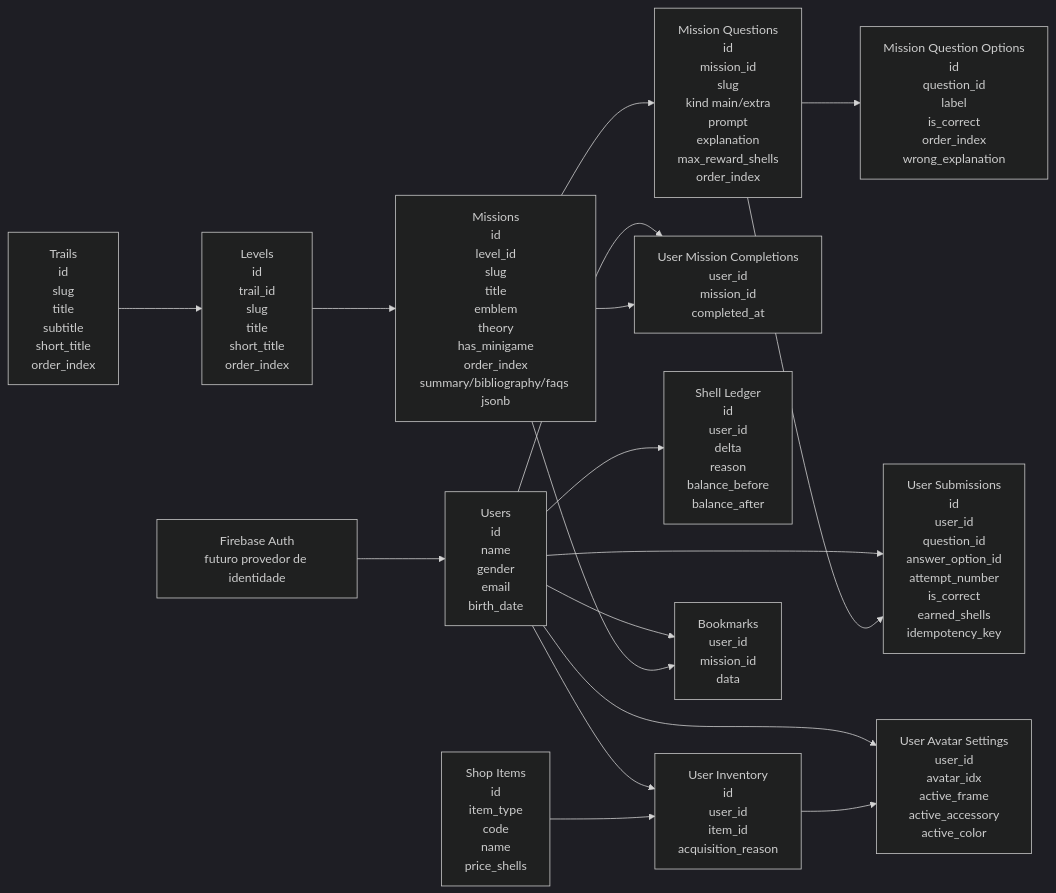
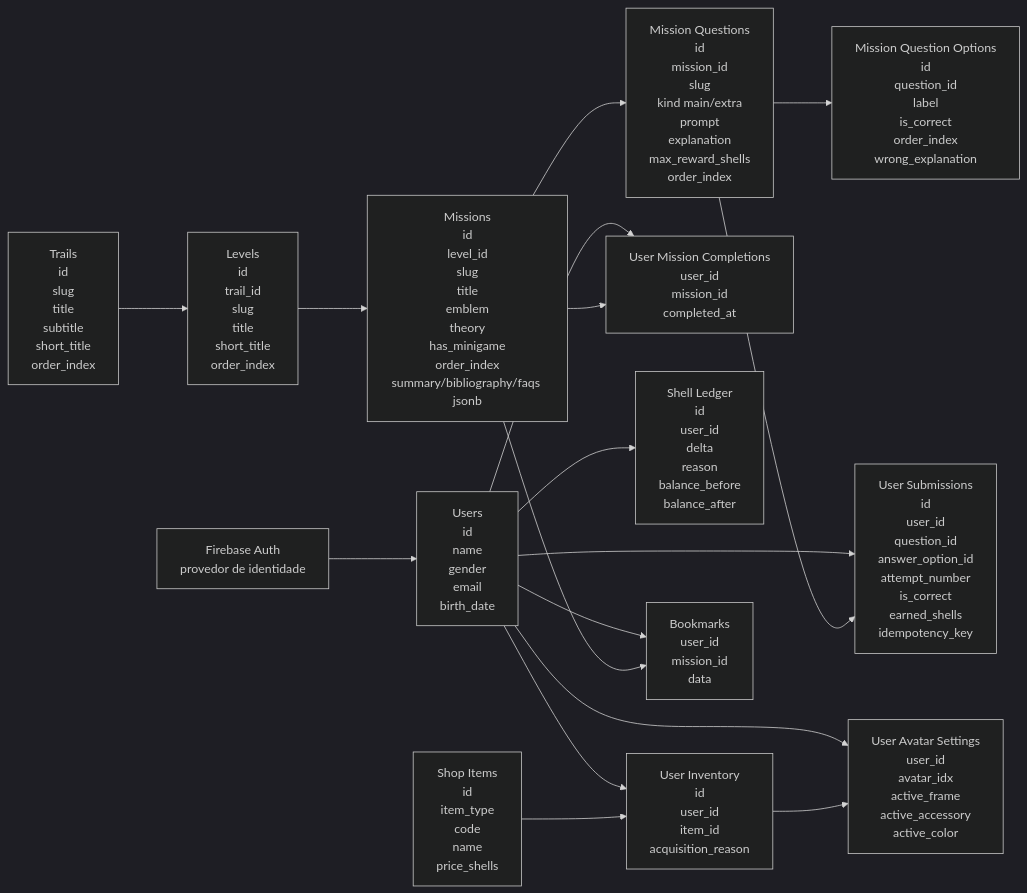
Before and after one commit to fpcoutinho/tentacle: the diagram in README.md, drawn with Mermaid (dark theme).

````diff
--- a/README.md
+++ b/README.md
@@ -60,49 +60,49 @@
 ```mermaid
 flowchart LR
-	FA[Firebase Auth<br/>futuro provedor de identidade]
+	FA[Firebase Auth<br/> provedor de identidade]
 
 	U[Users<br/>id<br/>name<br/>gender<br/>email<br/>birth_date]
 
 	A[User Avatar Settings<br/>user_id<br/>avatar_idx<br/>active_frame<br/>active_accessory<br/>active_color]
 
 	T[Trails<br/>id<br/>slug<br/>title<br/>subtitle<br/>short_title<br/>order_index]
 
 	LV[Levels<br/>id<br/>trail_id<br/>slug<br/>title<br/>short_title<br/>order_index]
 
 	M[Missions<br/>id<br/>level_id<br/>slug<br/>title<br/>emblem<br/>theory<br/>has_minigame<br/>order_index<br/>summary/bibliography/faqs jsonb]
 
 	Q[Mission Questions<br/>id<br/>mission_id<br/>slug<br/>kind main/extra<br/>prompt<br/>explanation<br/>max_reward_shells<br/>order_index]
 
 	O[Mission Question Options<br/>id<br/>question_id<br/>label<br/>is_correct<br/>order_index<br/>wrong_explanation]
 
 	C[User Mission Completions<br/>user_id<br/>mission_id<br/>completed_at]
 
 	S[User Submissions<br/>id<br/>user_id<br/>question_id<br/>answer_option_id<br/>attempt_number<br/>is_correct<br/>earned_shells<br/>idempotency_key]
 
 	L[Shell Ledger<br/>id<br/>user_id<br/>delta<br/>reason<br/>balance_before<br/>balance_after]
 
 	I[Shop Items<br/>id<br/>item_type<br/>code<br/>name<br/>price_shells]
 
 	UI[User Inventory<br/>id<br/>user_id<br/>item_id<br/>acquisition_reason]
 
 	B[Bookmarks<br/>user_id<br/>mission_id<br/>data]
 
 	FA --> U
 	U --> A
 	U --> C
 	U --> S
 	U --> L
 	U --> UI
 	U --> B
 
 	T --> LV
 	LV --> M
 	M --> Q
 	M --> C
 	Q --> O
 	Q --> S
 	M --> B
 
 	I --> UI
 	UI --> A
 ```
````
